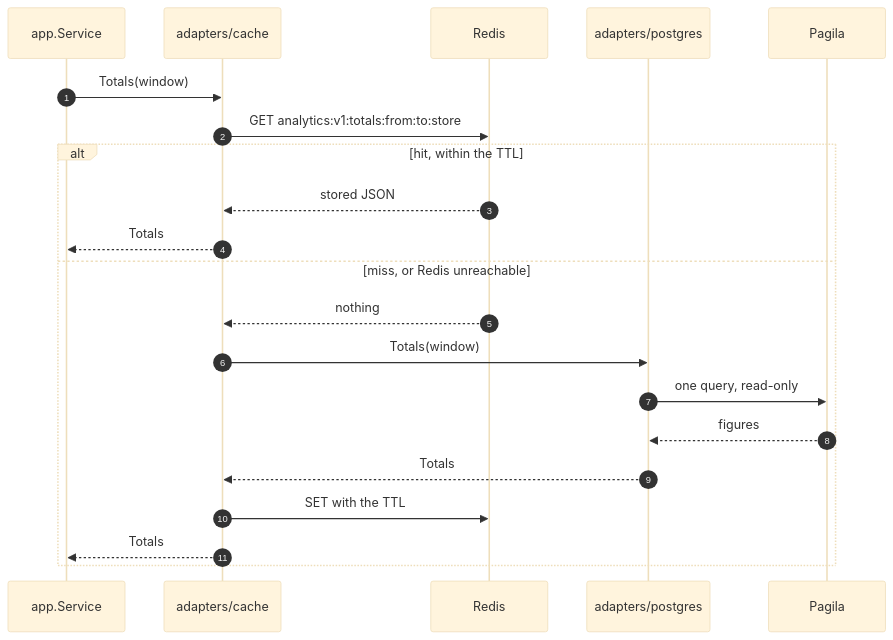
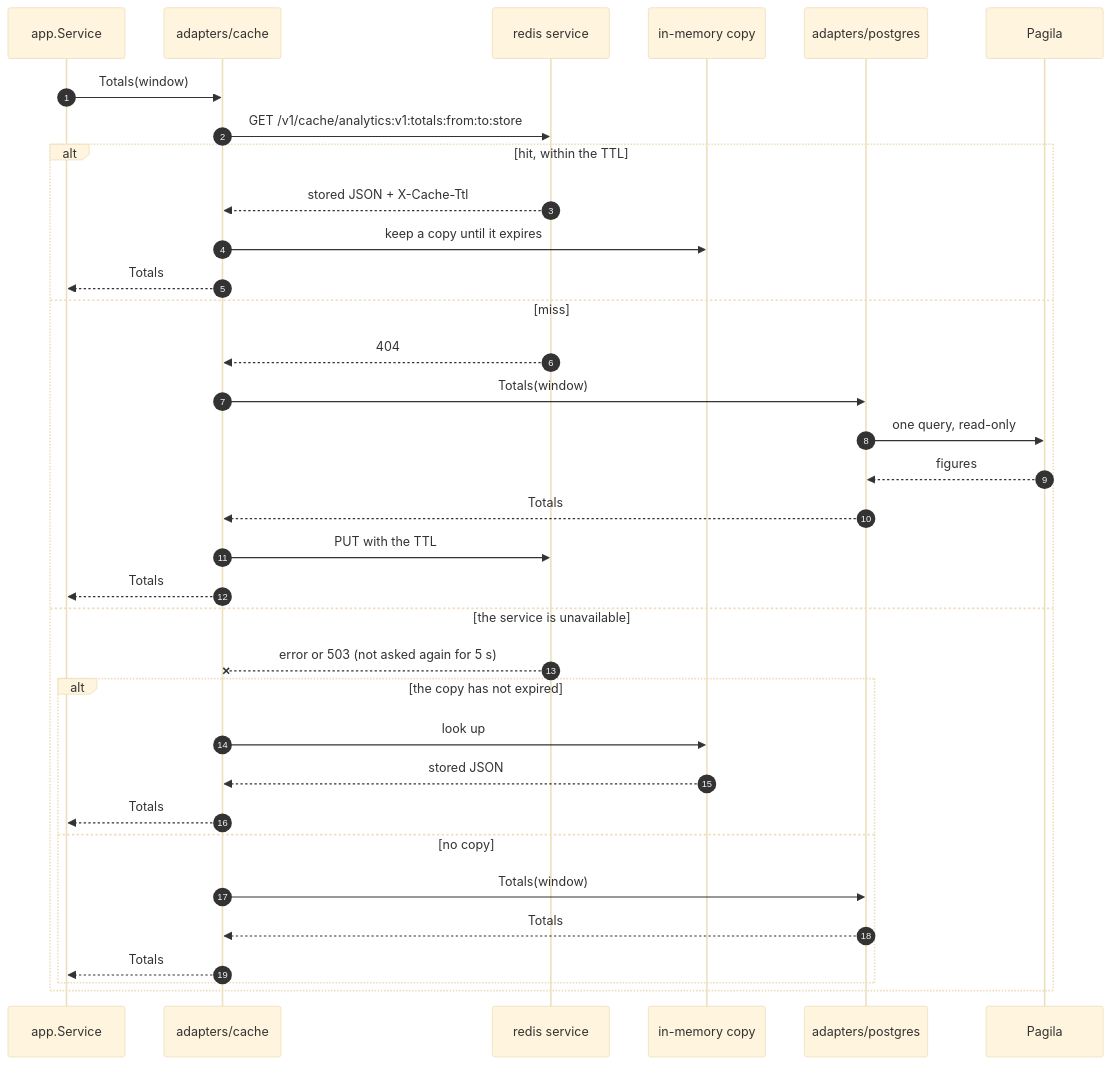
The fifth of 7 diagrams in README.md (SangNguyen2810/store-operation), drawn with Mermaid (base theme) before and after one commit. The commit also changed other lines of this file and 98 other files, not shown here.

````diff
--- a/README.md
+++ b/README.md
@@ -712,24 +782,37 @@
 ```mermaid
 sequenceDiagram
     autonumber
     participant A as app.Service
     participant C as adapters/cache
-    participant R as Redis
+    participant S as redis service
+    participant M as in-memory copy
     participant P as adapters/postgres
     participant DB as Pagila
 
     A->>C: Totals(window)
-    C->>R: GET analytics:v1:totals:from:to:store
+    C->>S: GET /v1/cache/analytics:v1:totals:from:to:store
     alt hit, within the TTL
-        R-->>C: stored JSON
+        S-->>C: stored JSON + X-Cache-Ttl
+        C->>M: keep a copy until it expires
         C-->>A: Totals
-    else miss, or Redis unreachable
-        R-->>C: nothing
+    else miss
+        S-->>C: 404
         C->>P: Totals(window)
         P->>DB: one query, read-only
         DB-->>P: figures
         P-->>C: Totals
-        C->>R: SET with the TTL
+        C->>S: PUT with the TTL
         C-->>A: Totals
+    else the service is unavailable
+        S--xC: error or 503 (not asked again for 5 s)
+        alt the copy has not expired
+            C->>M: look up
+            M-->>C: stored JSON
+            C-->>A: Totals
+        else no copy
+            C->>P: Totals(window)
+            P-->>C: Totals
+            C-->>A: Totals
+        end
     end
 ```
````
